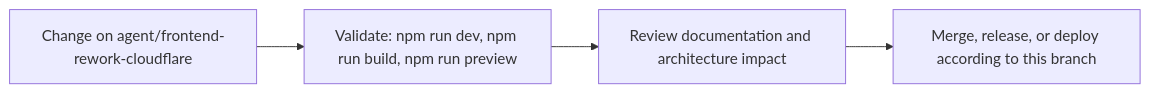
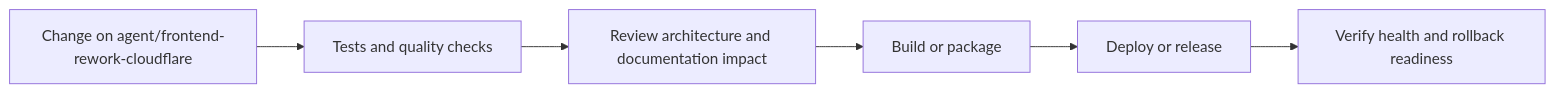
Before and after one commit to Nischhalsubba/Napiyo: the fourth of 5 diagrams in README.md, drawn with Mermaid. The commit also changed other lines of this file, not shown here.

````diff
--- a/README.md
+++ b/README.md
@@ -70,8 +149,8 @@
 ```mermaid
 flowchart LR
-    CHANGE["Change on agent/frontend-rework-cloudflare"]
-    CHECK["Validate: npm run dev, npm run build, npm run preview"]
-    REVIEW["Review documentation and architecture impact"]
-    RELEASE["Merge, release, or deploy according to this branch"]
-    CHANGE --> CHECK --> REVIEW --> RELEASE
+    CHANGE["Change on agent/frontend-rework-cloudflare"] --> CHECK["Tests and quality checks"]
+    CHECK --> REVIEW["Review architecture and documentation impact"]
+    REVIEW --> BUILD["Build or package"]
+    BUILD --> DEPLOY["Deploy or release"]
+    DEPLOY --> VERIFY["Verify health and rollback readiness"]
 ```
````
